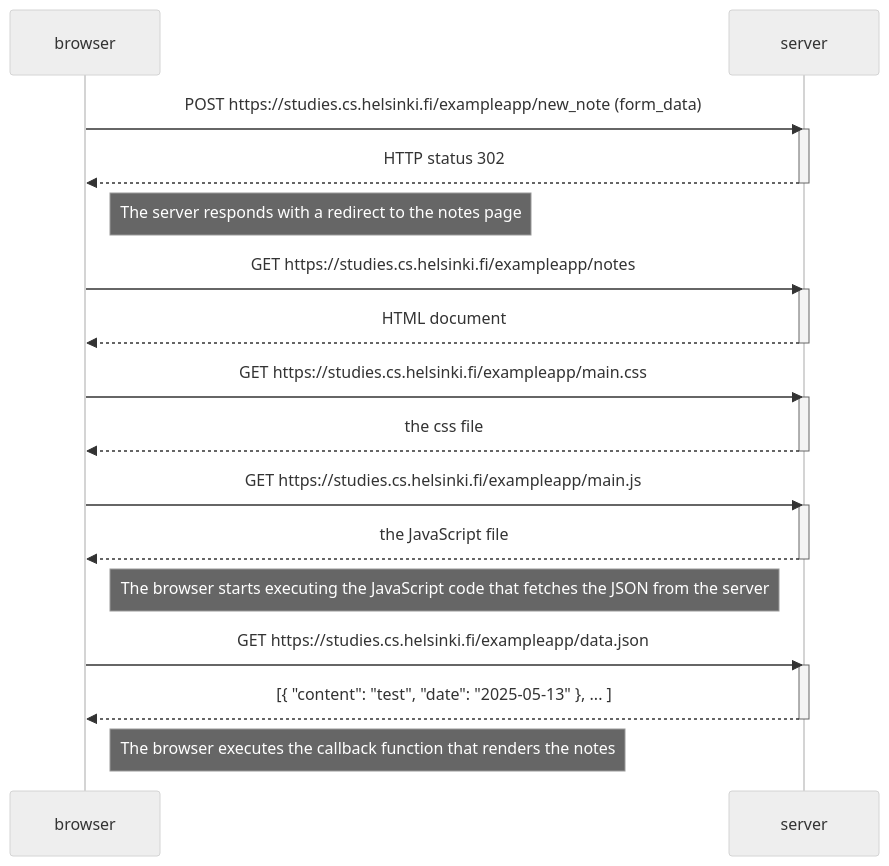
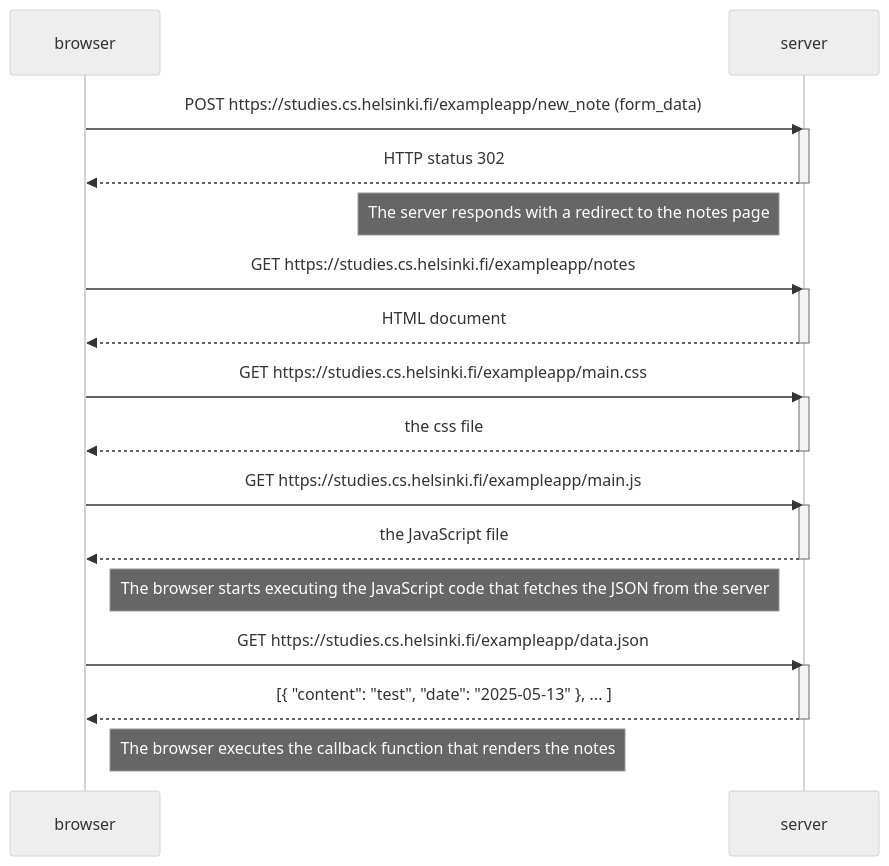
Before and after one commit to bechhray/fullstackopen-course: the diagram in part0/exercise_04.md, drawn with Mermaid (neutral theme).

Commit message:
Fix the notes on exercise 0.4

````diff
--- a/part0/exercise_04.md
+++ b/part0/exercise_04.md
@@ -3,36 +3,36 @@
 ```mermaid
 sequenceDiagram
     participant browser
     participant server
 
     browser->>server: POST https://studies.cs.helsinki.fi/exampleapp/new_note (form_data)
     activate server
     server-->>browser: HTTP status 302 
     deactivate server
 
-    Note right of browser: The server responds with a redirect to the notes page
+    Note left of server: The server responds with a redirect to the notes page
 
     browser->>server: GET https://studies.cs.helsinki.fi/exampleapp/notes
     activate server
     server-->>browser: HTML document
     deactivate server
 
     browser->>server: GET https://studies.cs.helsinki.fi/exampleapp/main.css
     activate server
     server-->>browser: the css file
     deactivate server
 
     browser->>server: GET https://studies.cs.helsinki.fi/exampleapp/main.js
     activate server
     server-->>browser: the JavaScript file
     deactivate server
 
     Note right of browser: The browser starts executing the JavaScript code that fetches the JSON from the server
 
     browser->>server: GET https://studies.cs.helsinki.fi/exampleapp/data.json
     activate server
     server-->>browser: [{ "content": "test", "date": "2025-05-13" }, ... ]
     deactivate server
 
     Note right of browser: The browser executes the callback function that renders the notes
 ```
````
